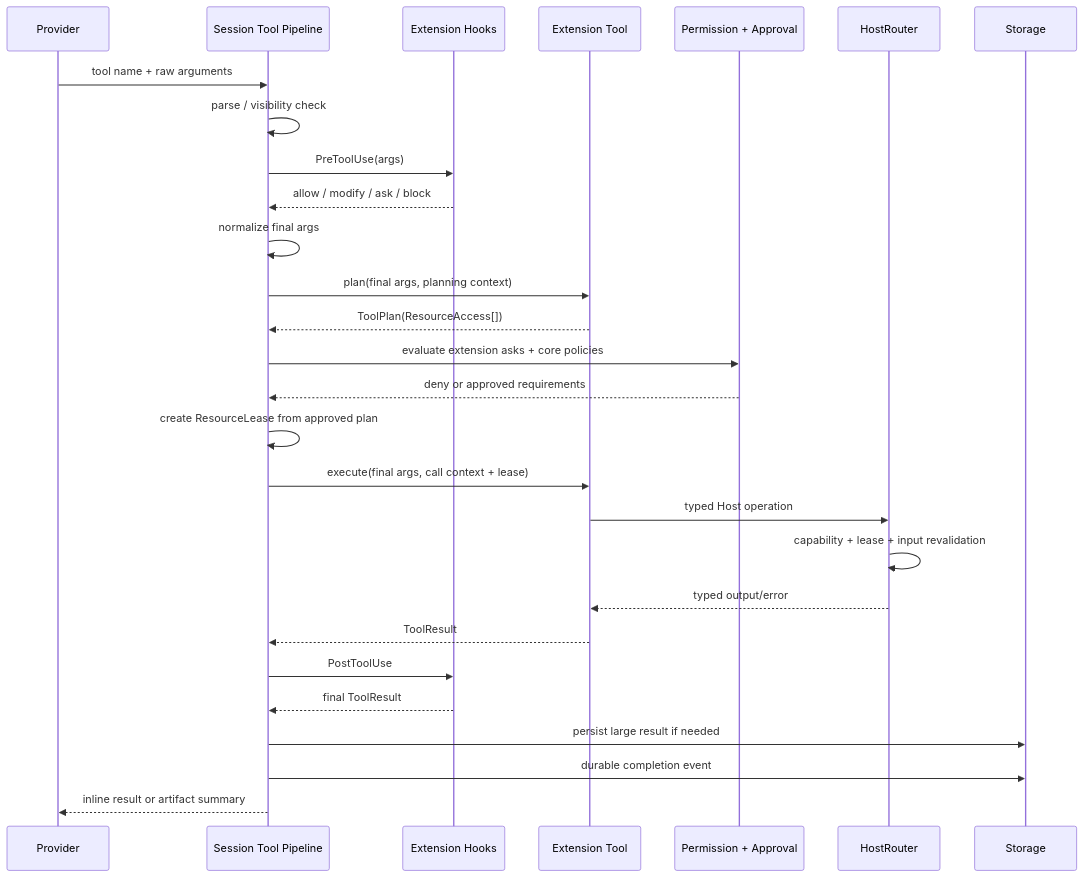
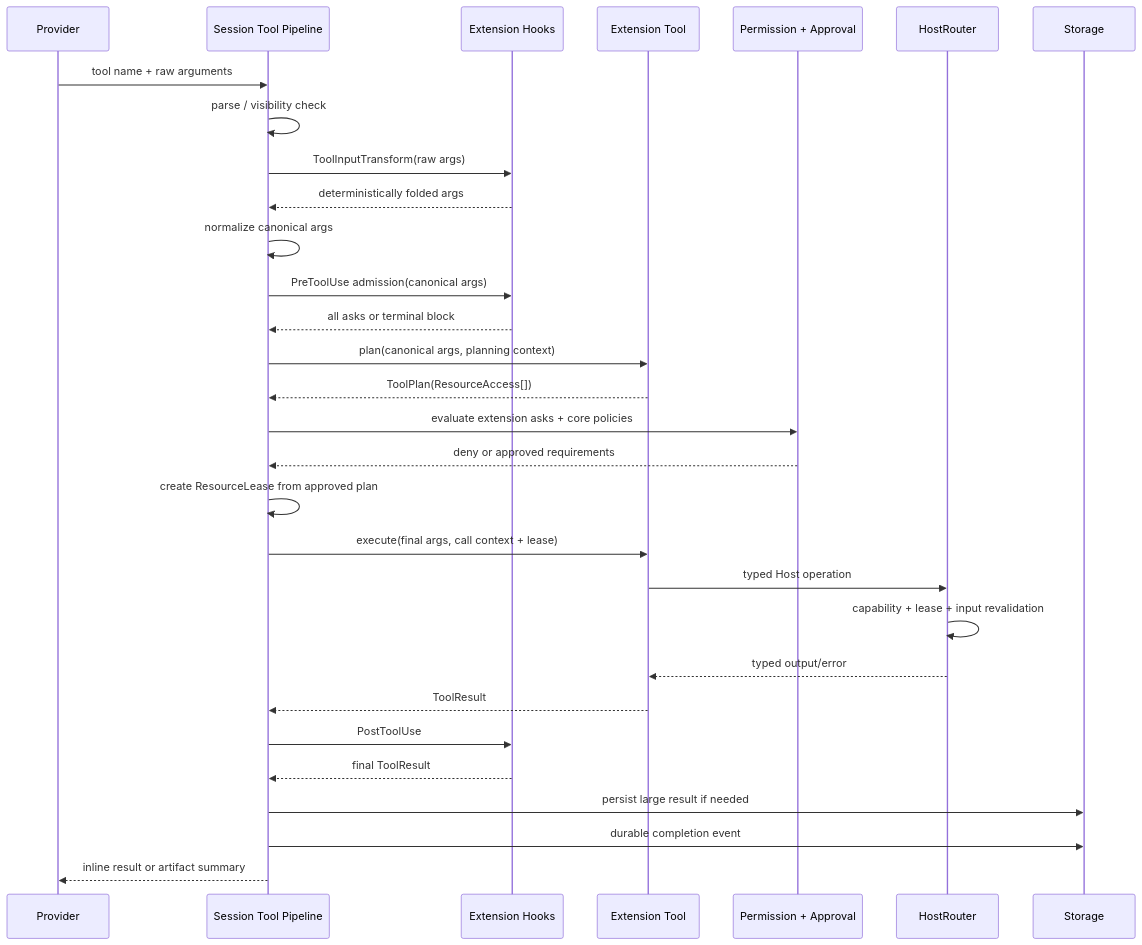
One commit to whatevertogo/astrcodey changed the second of 2 diagrams in docs/reviews/pr-47-local-candidate-first-principles-review.md. Above: the diagram before and after it, drawn with Mermaid. The commit also changed other lines of this file and 302 other files, not shown here.

````diff
--- a/docs/reviews/pr-47-local-candidate-first-principles-review.md
+++ b/docs/reviews/pr-47-local-candidate-first-principles-review.md
@@ -271,31 +337,33 @@
 ```mermaid
 sequenceDiagram
     participant P as Provider
     participant S as Session Tool Pipeline
     participant H as Extension Hooks
     participant E as Extension Tool
     participant A as Permission + Approval
     participant R as HostRouter
     participant ST as Storage
 
     P->>S: tool name + raw arguments
     S->>S: parse / visibility check
-    S->>H: PreToolUse(args)
-    H-->>S: allow / modify / ask / block
-    S->>S: normalize final args
-    S->>E: plan(final args, planning context)
+    S->>H: ToolInputTransform(raw args)
+    H-->>S: deterministically folded args
+    S->>S: normalize canonical args
+    S->>H: PreToolUse admission(canonical args)
+    H-->>S: all asks or terminal block
+    S->>E: plan(canonical args, planning context)
     E-->>S: ToolPlan(ResourceAccess[])
     S->>A: evaluate extension asks + core policies
     A-->>S: deny or approved requirements
     S->>S: create ResourceLease from approved plan
     S->>E: execute(final args, call context + lease)
     E->>R: typed Host operation
     R->>R: capability + lease + input revalidation
     R-->>E: typed output/error
     E-->>S: ToolResult
     S->>H: PostToolUse
     H-->>S: final ToolResult
     S->>ST: persist large result if needed
     S->>ST: durable completion event
     S-->>P: inline result or artifact summary
 ```
````
